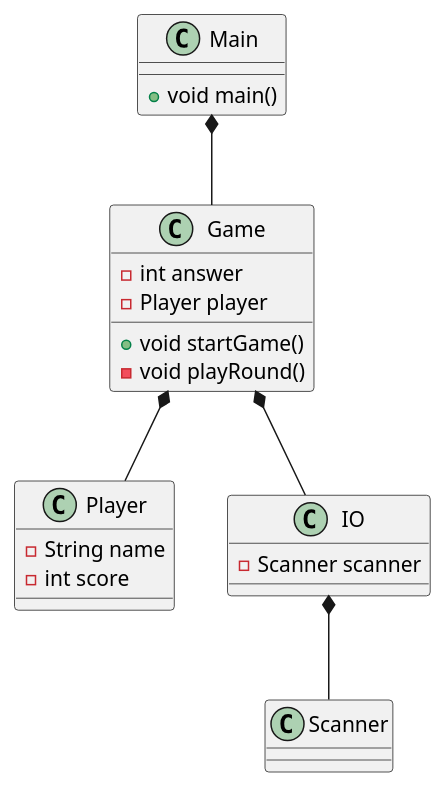
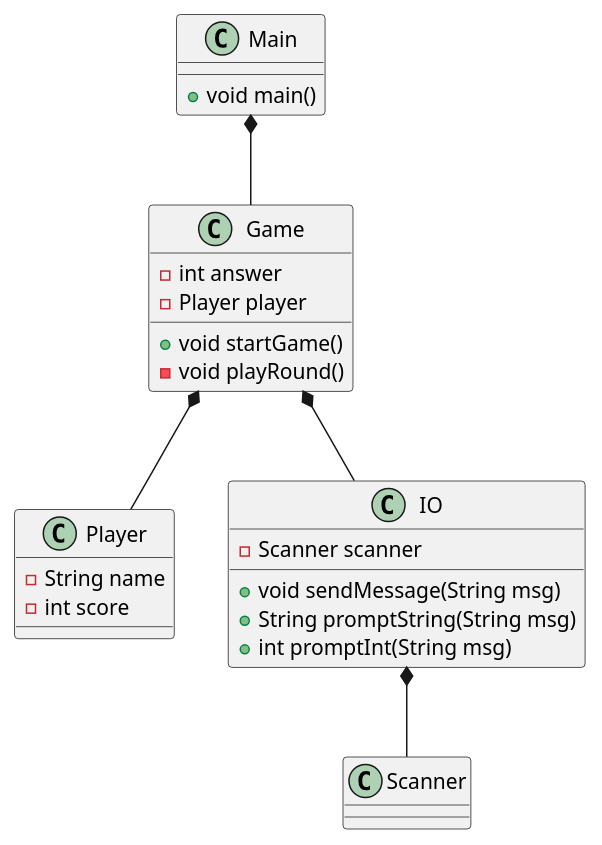
The diagram in documentation/numbergame.puml (Dat1Cphbusiness/spring2026), drawn with PlantUML before and after one commit. The commit also changed 2 other files, not shown here.

```diff
--- a/documentation/numbergame.puml
+++ b/documentation/numbergame.puml
@@ -1,32 +1,35 @@
 @startuml
 'https://plantuml.com/class-diagram
 
 class Game{
     - int answer
     - Player player
     + void startGame()
     - void playRound()
 }
 
 class Player{
     - String name
     - int score
 }
 
 class IO{
     - Scanner scanner
+    + void sendMessage(String msg)
+    + String promptString(String msg)
+    + int promptInt(String msg)
 }
 
 class Main{
     + void main()
 }
 
 class Scanner{}
 
 IO *-- Scanner
 Game *-- IO
 Game *-- Player
 Main *-- Game
 
 
 @enduml
```
